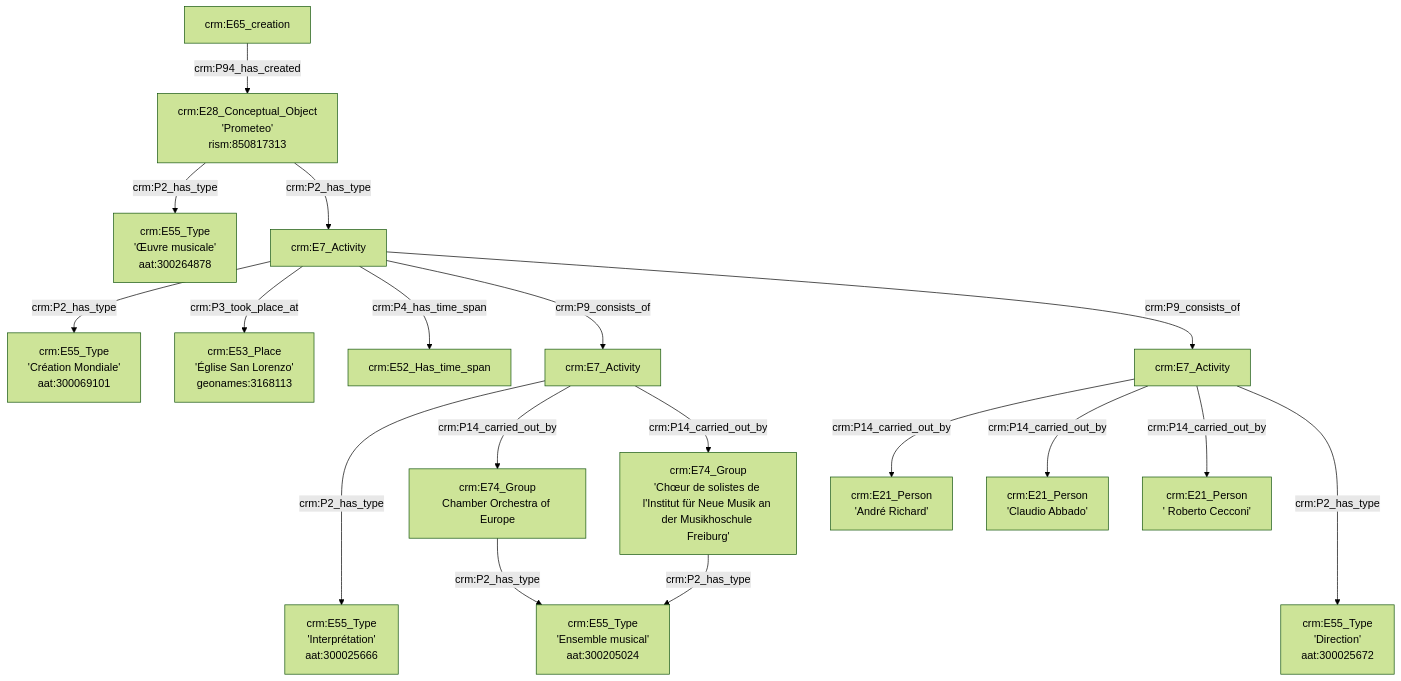
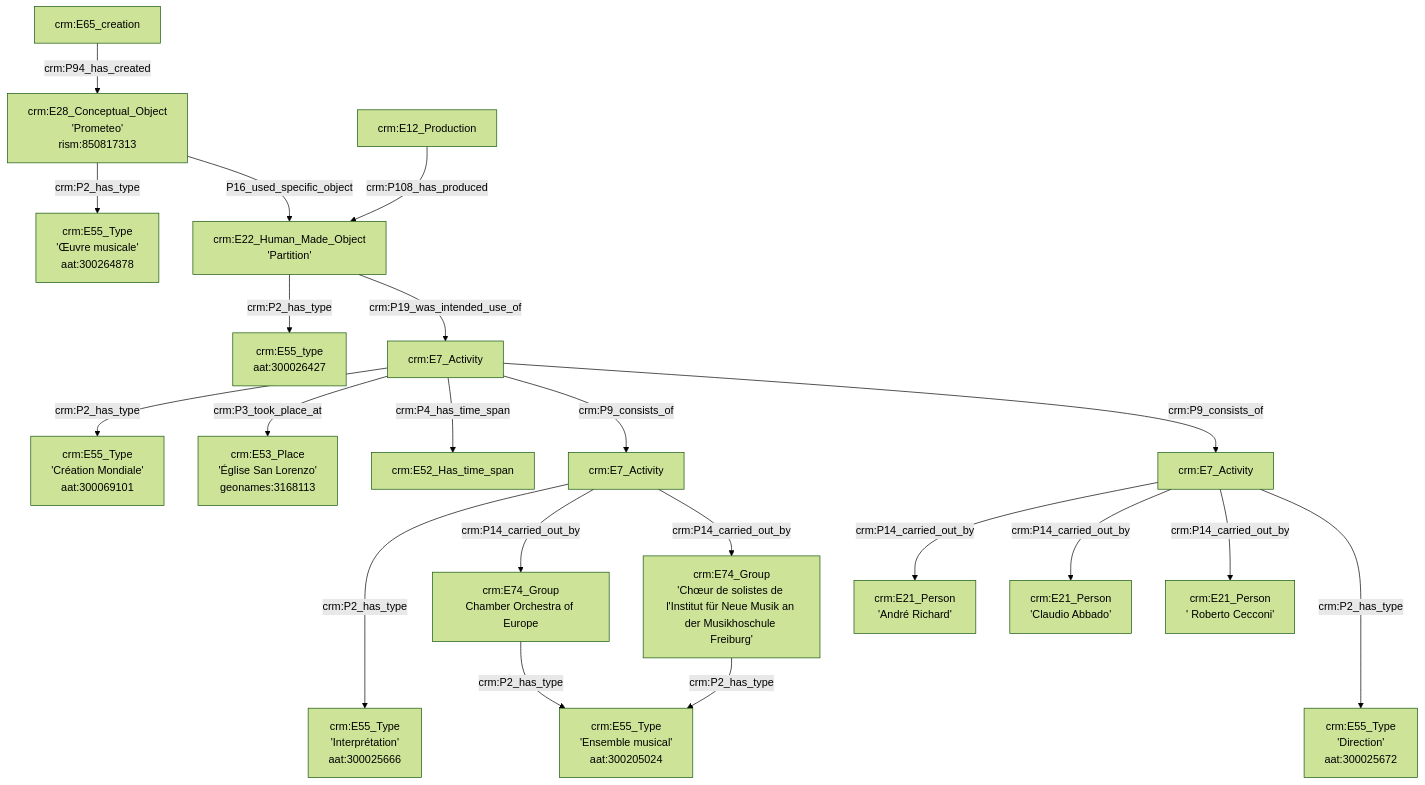
The third of 5 diagrams in Exemple1.md (GusBraud/OntoMatchGameGus), drawn with Mermaid (forest theme) before and after one commit.

````diff
--- a/Exemple1.md
+++ b/Exemple1.md
@@ -39,22 +39,26 @@
 ```mermaid
 graph TD;
 
-D[crm:E65_creation] --> |crm:P94_has_created| E[crm:E28_Conceptual_Object<br>'Prometeo'<br>rism:850817313]
-E[crm:E28_Conceptual_Object<br>'Prometeo'<br>rism:850817313] --> |crm:P2_has_type| F[crm:E55_Type<br>'Œuvre musicale'<br>aat:300264878]
-E[crm:E28_Conceptual_Object<br>'Prometeo'<br>rism:850817313] --> |crm:P2_has_type| G[crm:E7_Activity]
+A[crm:E65_creation] --> |crm:P94_has_created| B[crm:E28_Conceptual_Object<br>'Prometeo'<br>rism:850817313]
+B[crm:E28_Conceptual_Object<br>'Prometeo'<br>rism:850817313] --> |crm:P2_has_type| C[crm:E55_Type<br>'Œuvre musicale'<br>aat:300264878]
+D[crm:E22_Human_Made_Object<br>'Partition'] --> |crm:P2_has_type| E[crm:E55_type<br>aat:300026427]
+B[crm:E28_Conceptual_Object<br>'Prometeo'<br>rism:850817313] --> |P16_used_specific_object| D[crm:E22_Human_Made_Object<br>'Partition']
+F[crm:E12_Production] --> |crm:P108_has_produced| D[crm:E22_Human_Made_Object<br>'Partition']
+D[crm:E22_Human_Made_Object<br>'Partition'] --> |crm:P19_was_intended_use_of| G[crm:E7_Activity]
+
 G[crm:E7_Activity] --> |crm:P2_has_type| H[crm:E55_Type<br>'Création Mondiale'<br>aat:300069101]
 G[crm:E7_Activity] --> |crm:P3_took_place_at| I[crm:E53_Place<br>'Église San Lorenzo'<br>geonames:3168113]
 G[crm:E7_Activity] --> |crm:P4_has_time_span| J[crm:E52_Has_time_span]
 G[crm:E7_Activity] --> |crm:P9_consists_of| K[crm:E7_Activity]
 G[crm:E7_Activity] --> |crm:P9_consists_of| Q[crm:E7_Activity]
 K[crm:E7_Activity] ---> |crm:P2_has_type| L[crm:E55_Type<br>'Interprétation'<br>aat:300025666]
 K[crm:E7_Activity] --> |crm:P14_carried_out_by| M[crm:E74_Group<br>'Chamber Orchestra of Europe']
 M[crm:E74_Group<br>Chamber Orchestra of Europe] --> |crm:P2_has_type| N[crm:E55_Type<br>'Ensemble musical'<br>aat:300205024]
 K[crm:E7_Activity] --> |crm:P14_carried_out_by| O[crm:E74_Group<br>'Chœur de solistes de l'Institut für Neue Musik an der Musikhoschule Freiburg']
 O[crm:E74_Group<br>'Chœur de solistes de l'Institut für Neue Musik an der Musikhoschule Freiburg'] --> |crm:P2_has_type| N[crm:E55_Type<br>'Ensemble musical'<br>aat:300205024]
 Q[crm:E7_Activity] --> |crm:P14_carried_out_by| R[crm:E21_Person<br>'André Richard']
 Q[crm:E7_Activity] --> |crm:P14_carried_out_by| S[crm:E21_Person<br>'Claudio Abbado']
 Q[crm:E7_Activity] --> |crm:P14_carried_out_by| T[crm:E21_Person<br>' Roberto Cecconi']
 Q[crm:E7_Activity] ---> |crm:P2_has_type| U[crm:E55_Type<br>'Direction'<br>aat:300025672]
 
 ```
````
